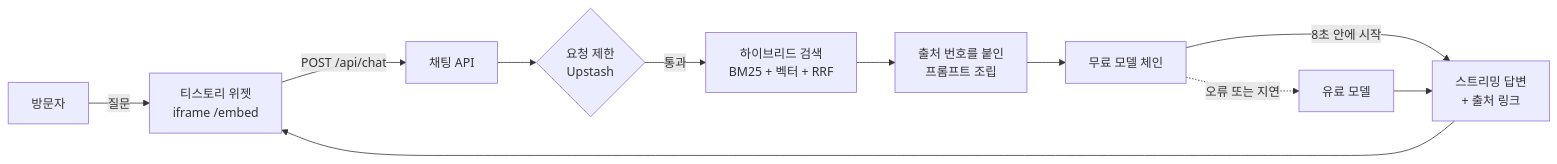
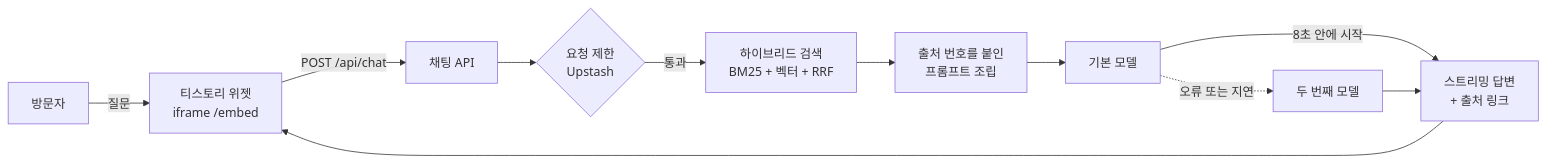
One commit to hyunolike/blog-agent changed the first of 2 diagrams in README.md. Above: the diagram before and after it, drawn with Mermaid. The commit also changed other lines of this file and 28 other files, not shown here.

````diff
--- a/README.md
+++ b/README.md
@@ -90,13 +90,13 @@
 ```mermaid
 flowchart LR
     U[방문자] -->|질문| W[티스토리 위젯<br>iframe /embed]
     W -->|POST /api/chat| A[채팅 API]
     A --> L{요청 제한<br>Upstash}
     L -->|통과| S[하이브리드 검색<br>BM25 + 벡터 + RRF]
     S --> P[출처 번호를 붙인<br>프롬프트 조립]
-    P --> F[무료 모델 체인]
+    P --> F[기본 모델]
     F -->|8초 안에 시작| R[스트리밍 답변<br>+ 출처 링크]
-    F -.->|오류 또는 지연| D[유료 모델]
+    F -.->|오류 또는 지연| D[두 번째 모델]
     D --> R
     R --> W
 ```
````
